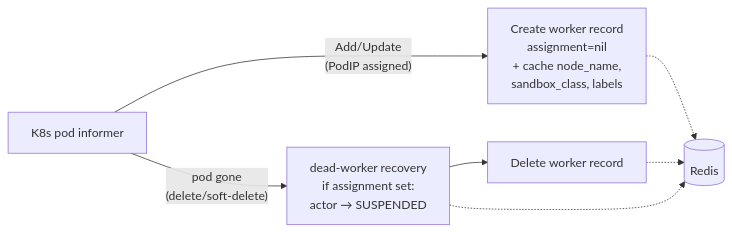
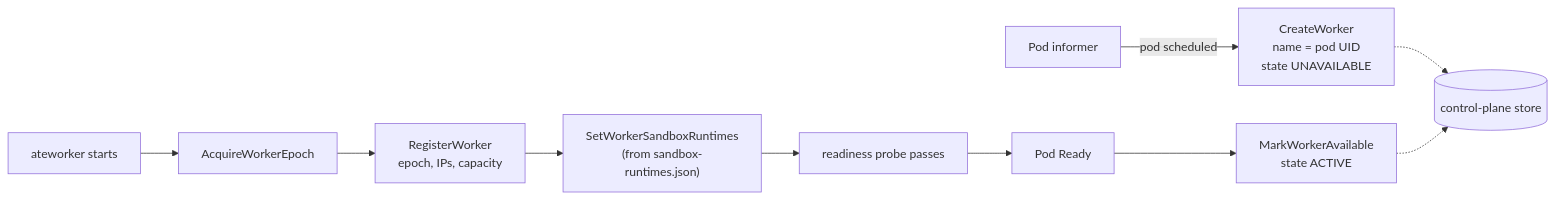
Before and after one commit to christian-posta/substrate: the second of 3 diagrams in atlas/src/content/docs/flows/worker-lifecycle.mdx, drawn with Mermaid. The commit also changed other lines of this file and 34 other files, not shown here.

````diff
--- a/atlas/src/content/docs/flows/worker-lifecycle.mdx
+++ b/atlas/src/content/docs/flows/worker-lifecycle.mdx
@@ -63,9 +54,11 @@
 ```mermaid
 flowchart LR
-  K[K8s pod informer] -- Add/Update<br/>(PodIP assigned) --> C[Create worker record<br/>assignment=nil<br/>+ cache node_name,<br/>sandbox_class, labels]
-  K -- pod gone<br/>(delete/soft-delete) --> R[dead-worker recovery<br/>if assignment set:<br/>actor → SUSPENDED]
-  R --> D[Delete worker record]
-  C -.-> RED[(Redis)]
-  D -.-> RED
-  R -.-> RED
+  K[Pod informer] -- "pod scheduled" --> C["CreateWorker<br/>name = pod UID<br/>state UNAVAILABLE"]
+  W[ateworker starts] --> E["AcquireWorkerEpoch"]
+  E --> R["RegisterWorker<br/>epoch, IPs, capacity"]
+  R --> RT["SetWorkerSandboxRuntimes<br/>(from sandbox-runtimes.json)"]
+  RT --> RD["readiness probe passes"]
+  RD --> K2[Pod Ready] --> A["MarkWorkerAvailable<br/>state ACTIVE"]
+  C -.-> DB[(control-plane store)]
+  A -.-> DB
 ```
````
